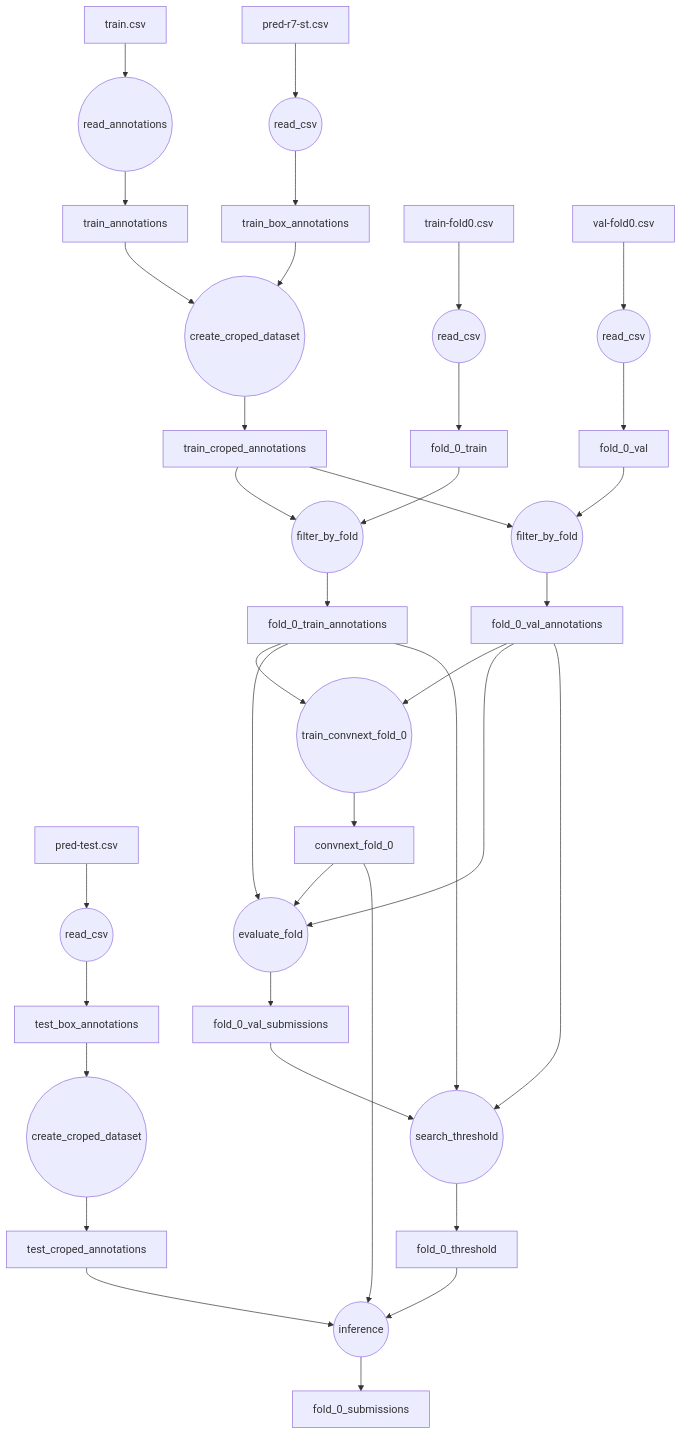
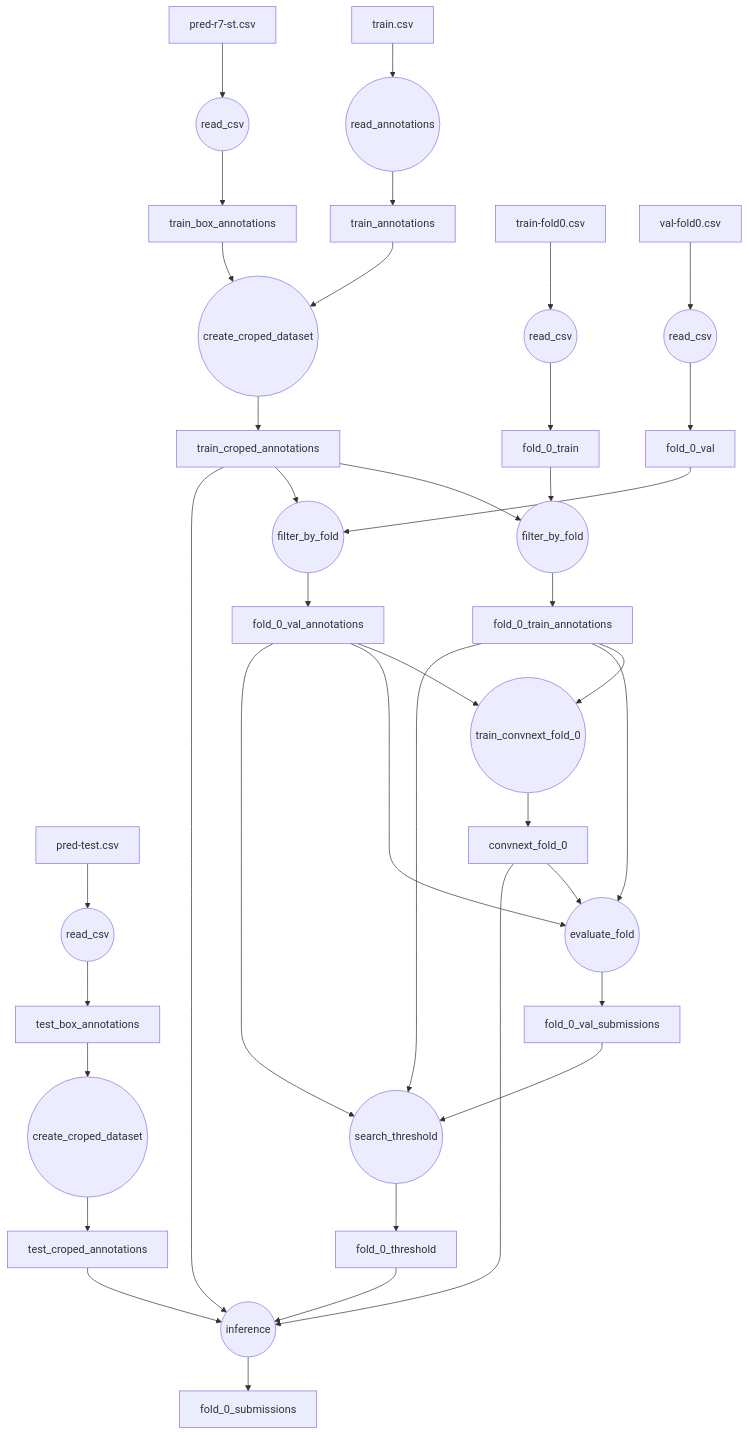
One commit to h4nyu/vision-tools changed the diagram in hwad_bench/README.md. Above: the diagram before and after it, drawn with Mermaid.

````diff
--- a/hwad_bench/README.md
+++ b/hwad_bench/README.md
@@ -1,30 +1,31 @@
 ```mermaid
 flowchart TB
 train.csv --> read_annotations((read_annotations))
 read_annotations --> train_annotations
 pred-r7-st.csv --> read_csv((read_csv)) --> train_box_annotations
 train_annotations --> create_croped_dataset0((create_croped_dataset)) --> train_croped_annotations
 train_box_annotations --> create_croped_dataset0
 train-fold0.csv --> read_csv0((read_csv)) --> fold_0_train
 val-fold0.csv --> read_csv1((read_csv)) --> fold_0_val
 train_croped_annotations --> filter_by_fold0((filter_by_fold)) --> fold_0_train_annotations
 fold_0_train --> filter_by_fold0
 train_croped_annotations --> filter_by_fold1((filter_by_fold)) --> fold_0_val_annotations
 fold_0_val --> filter_by_fold1
 
 fold_0_train_annotations --> train0((train_convnext_fold_0))
 fold_0_val_annotations --> train0
 pred-test.csv --> read_csv2((read_csv)) --> test_box_annotations
 train0((train_convnext_fold_0)) --> convnext_fold_0
 convnext_fold_0 --> evaluate_fold0((evaluate_fold)) 
 fold_0_train_annotations --> evaluate_fold0((evaluate_fold)) --> fold_0_val_submissions
 fold_0_val_annotations --> evaluate_fold0
 fold_0_val_submissions --> search_threshold((search_threshold)) --> fold_0_threshold
 fold_0_val_annotations --> search_threshold
 fold_0_train_annotations --> search_threshold
 
 test_box_annotations --> create_croped_dataset1((create_croped_dataset)) --> test_croped_annotations
 fold_0_threshold --> inference0((inference)) --> fold_0_submissions
 convnext_fold_0 --> inference0
 test_croped_annotations --> inference0
+train_croped_annotations --> inference0
 ```
````
